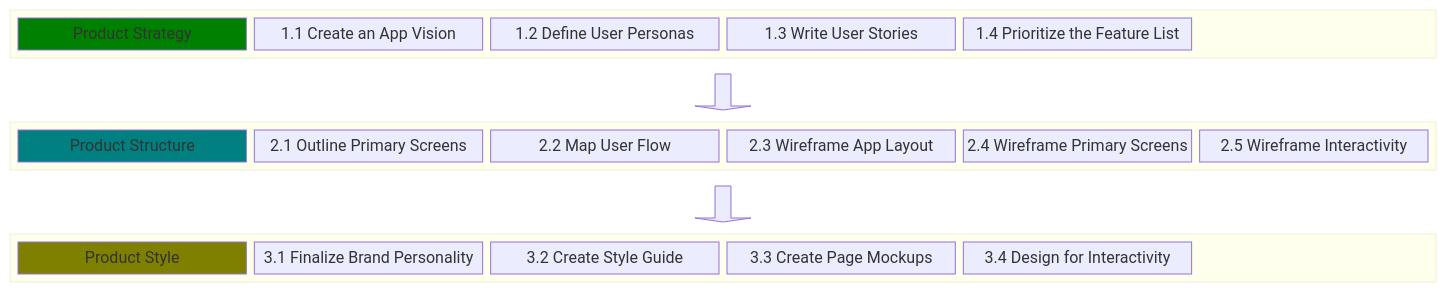
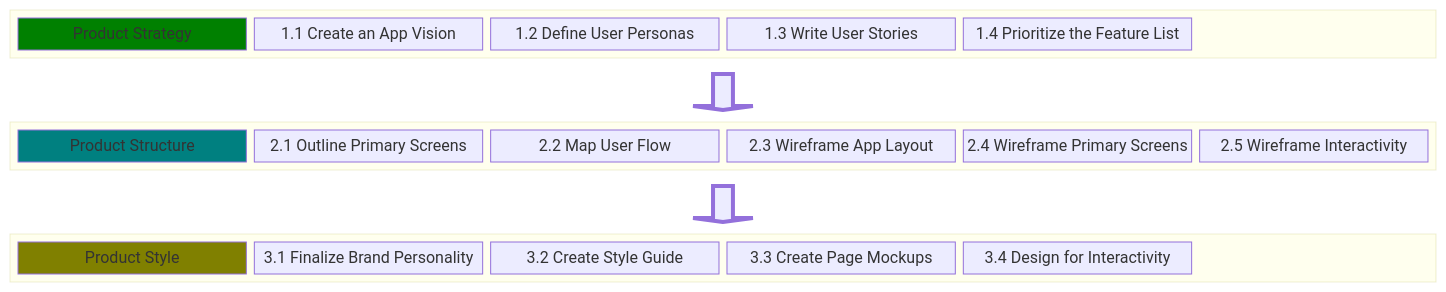
One commit to chingu-voyages/Handbook changed the diagram in docs/resources/techresources/uiux.md. Above: the diagram before and after it, drawn with Mermaid.

Commit message:
Feature: Add block arrows

````diff
--- a/docs/resources/techresources/uiux.md
+++ b/docs/resources/techresources/uiux.md
@@ -15,36 +15,38 @@
 ```mermaid
 block-beta
 columns 1
   block:STRATEGY
     columns 6
     A["Product Strategy"]
     B["1.1 Create an App Vision"]
     C["1.2 Define User Personas"]
     D["1.3 Write User Stories"]
     E["1.4 Prioritize the Feature List"]
     space
   end
-  blockArrowA<["&nbsp;&nbsp;"]>(down)
+  blockArrowA<["&nbsp;&nbsp;&nbsp;"]>(down)
   block:STRUCTURE
     columns 6
     G["Product Structure"]
     H["2.1 Outline Primary Screens"]
     I["2.2 Map User Flow"]
     J["2.3 Wireframe App Layout"]
     K["2.4 Wireframe Primary Screens"]
     L["2.5 Wireframe Interactivity"]
   end
-  blockArrowB<["&nbsp;&nbsp;"]>(down)
+  blockArrowB<["&nbsp;&nbsp;&nbsp;"]>(down)
   block:STYLE
     columns 6
     M["Product Style"]
     N["3.1 Finalize Brand Personality"]
     O["3.2 Create Style Guide"]
     P["3.3 Create Page Mockups"]
     Q["3.4 Design for Interactivity"]
     space
   end
   style A fill:#008000
   style G fill:#008080
   style M fill:#808000
+  style blockArrowA fill:FFD700,stroke-width:4px
+  style blockArrowB fill:FFD700,stroke-width:4px
 ```
````
